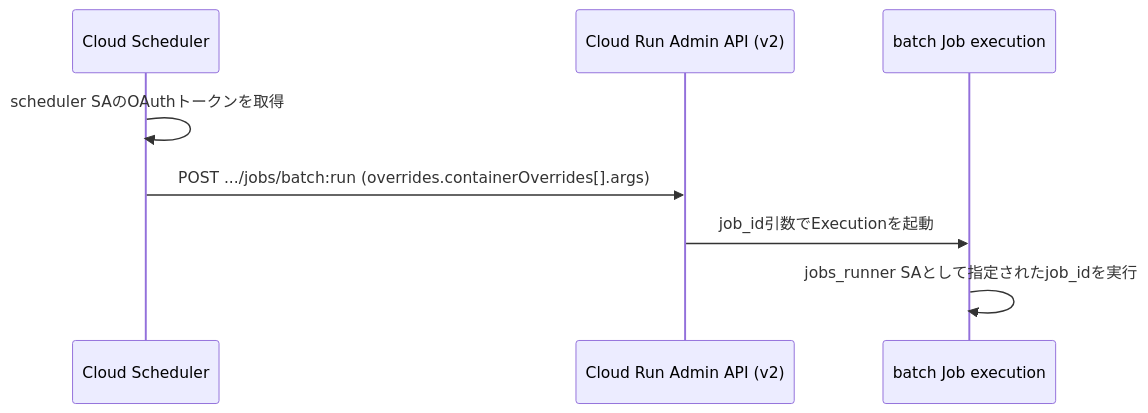
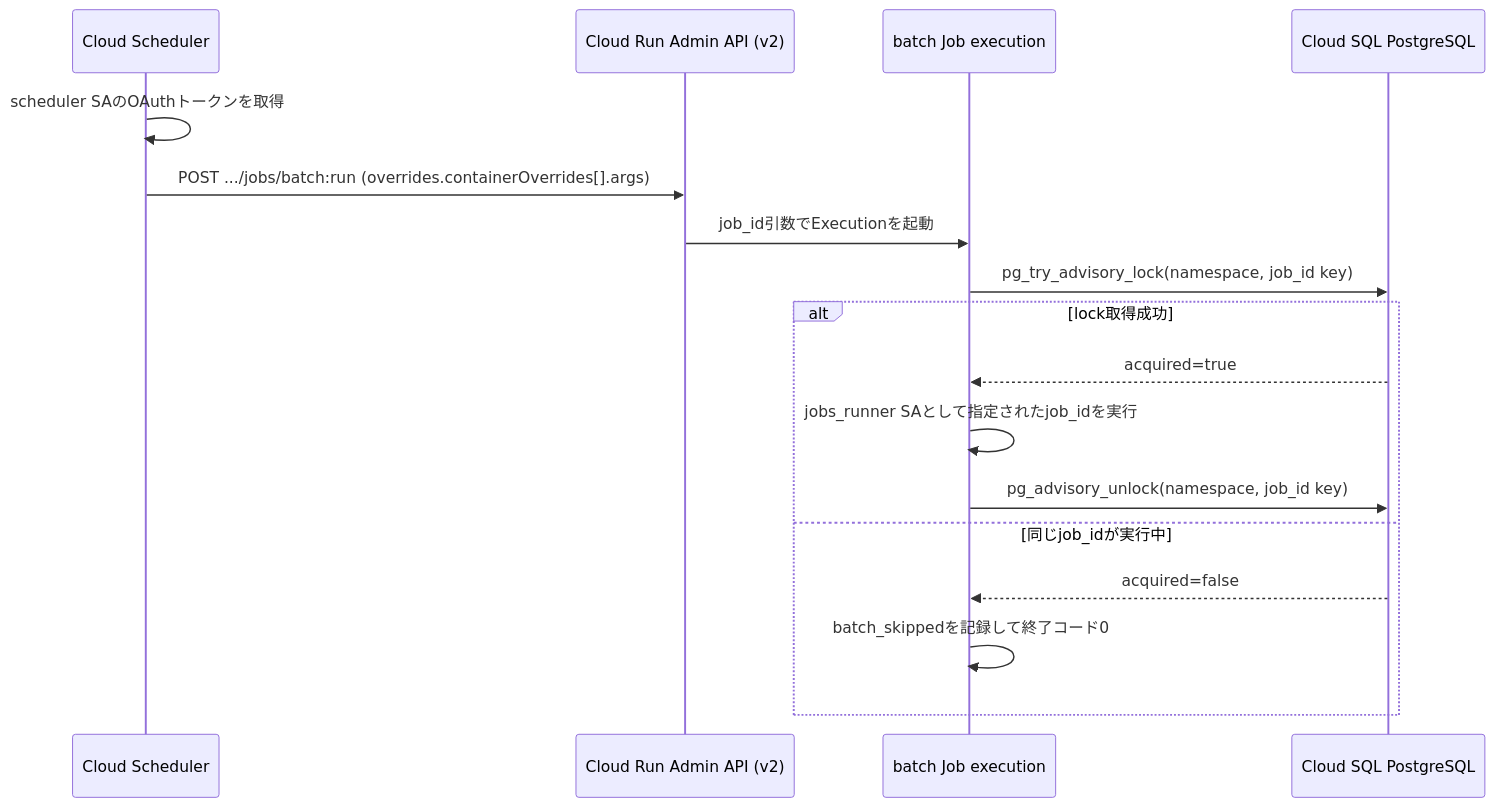
One commit to UCHIDAnobuhiro/stock-infra changed the third of 3 diagrams in docs/architecture.md. Above: the diagram before and after it, drawn with Mermaid. The commit also changed other lines of this file and 3 other files, not shown here.

````diff
--- a/docs/architecture.md
+++ b/docs/architecture.md
@@ -108,11 +108,20 @@
 ```mermaid
 sequenceDiagram
     participant SCHED as Cloud Scheduler
     participant RUN as Cloud Run Admin API (v2)
     participant JOB as batch Job execution
+    participant DB as Cloud SQL PostgreSQL
 
     SCHED->>SCHED: scheduler SAのOAuthトークンを取得
     SCHED->>RUN: POST .../jobs/batch:run (overrides.containerOverrides[].args)
     RUN->>JOB: job_id引数でExecutionを起動
-    JOB->>JOB: jobs_runner SAとして指定されたjob_idを実行
+    JOB->>DB: pg_try_advisory_lock(namespace, job_id key)
+    alt lock取得成功
+        DB-->>JOB: acquired=true
+        JOB->>JOB: jobs_runner SAとして指定されたjob_idを実行
+        JOB->>DB: pg_advisory_unlock(namespace, job_id key)
+    else 同じjob_idが実行中
+        DB-->>JOB: acquired=false
+        JOB->>JOB: batch_skippedを記録して終了コード0
+    end
 ```
````
